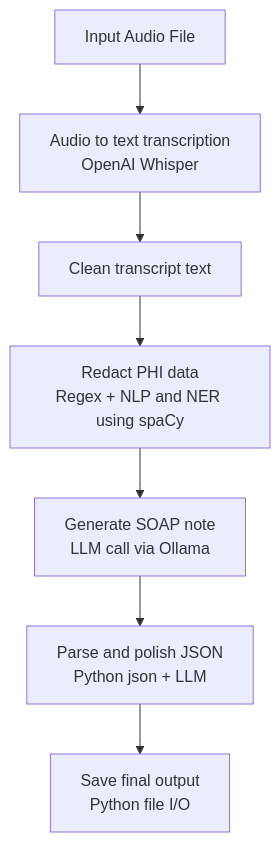
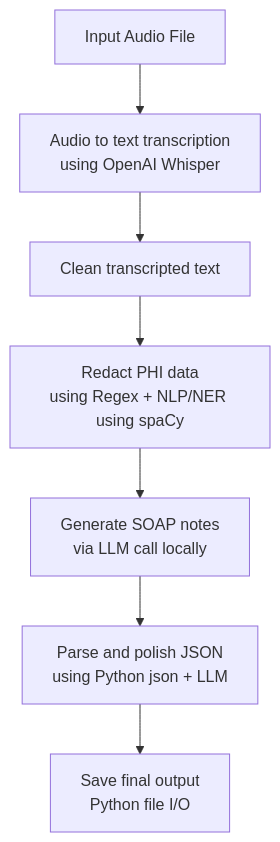
The diagram in README.md (amankiit/Safeguarding-PHI-in-the-AI-Era-Local-SOAP-Note-Generation-with-OpenAI-Whisper-NLP-NER-and-LLMs), drawn with Mermaid before and after one commit. The commit also changed other lines of this file, not shown here.

Commit message:
updated rea dme

````diff
--- a/README.md
+++ b/README.md
@@ -10,9 +9,9 @@
 ```mermaid
 flowchart TD
-    A["Input Audio File"] --> B["Audio to text transcription<br/>OpenAI Whisper"]
-    B --> C["Clean transcript text"]
-    C --> D["Redact PHI data<br/>Regex + NLP and NER using spaCy"]
-    D --> E["Generate SOAP note<br/>LLM call via Ollama"]
-    E --> F["Parse and polish JSON<br/>Python json + LLM"]
+    A["Input Audio File"] --> B["Audio to text transcription<br/>using OpenAI Whisper"]
+    B --> C["Clean transcripted text"]
+    C --> D["Redact PHI data<br/>using Regex + NLP/NER using spaCy"]
+    D --> E["Generate SOAP notes<br/>via LLM call locally"]
+    E --> F["Parse and polish JSON<br/>using Python json + LLM"]
     F --> G["Save final output<br/>Python file I/O"]
 ```
````
